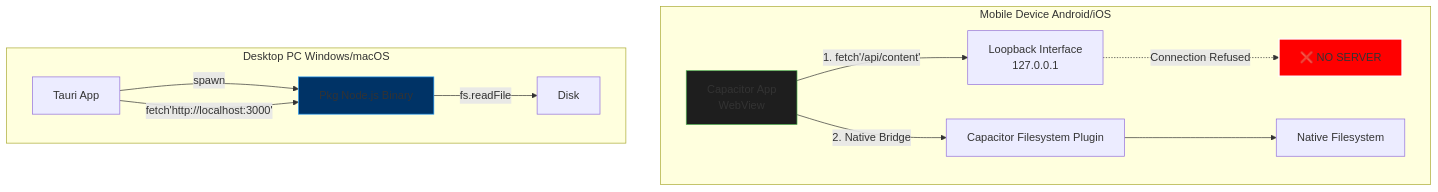
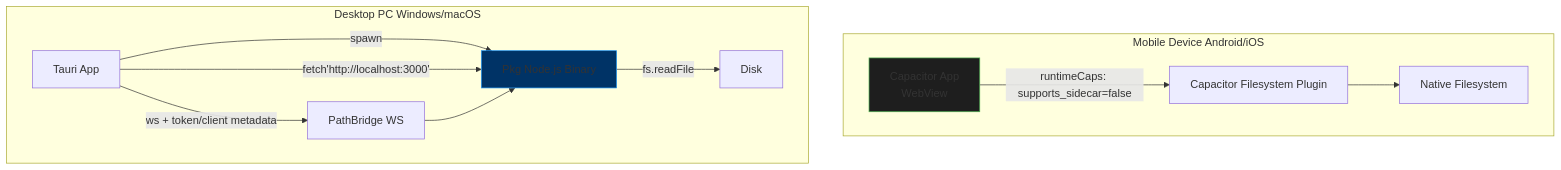
Before and after one commit to Jacobinwwey/NoteConnection: the diagram in docs/en/fixrisk_TODO.md, drawn with Mermaid. The commit also changed other lines of this file and 64 other files, not shown here.

````diff
--- a/docs/en/fixrisk_TODO.md
+++ b/docs/en/fixrisk_TODO.md
@@ -21,26 +680,26 @@
 ```mermaid
 flowchart TD
     subgraph Mobile_Device [Mobile Device Android/iOS]
         App[Capacitor App\nWebView]
         FS_Native[Native Filesystem]
-        
-        App -- "1. fetch'/api/content'" --> LocalNet[Loopback Interface\n127.0.0.1]
-        LocalNet -.->|Connection Refused| Void[❌ NO SERVER]
-        
-        App -- "2. Native Bridge" --> Plugin[Capacitor Filesystem Plugin]
+        Plugin[Capacitor Filesystem Plugin]
+
+        App -- "runtimeCaps: supports_sidecar=false" --> Plugin
         Plugin --> FS_Native
     end
     
     subgraph Desktop_PC [Desktop PC Windows/macOS]
         Tauri[Tauri App]
         Sidecar[Pkg Node.js Binary]
+        Bridge[PathBridge WS]
         
         Tauri -- "spawn" --> Sidecar
         Tauri -- "fetch'http://localhost:3000'" --> Sidecar
+        Tauri -- "ws + token/client metadata" --> Bridge
+        Bridge --> Sidecar
         Sidecar -- "fs.readFile" --> Disk
     end
     
-    style Void fill:#ff0000,stroke:#fff,stroke-width:2px
     style App fill:#1e1e1e,stroke:#4caf50
     style Sidecar fill:#003366,stroke:#2196f3
 ```
````
